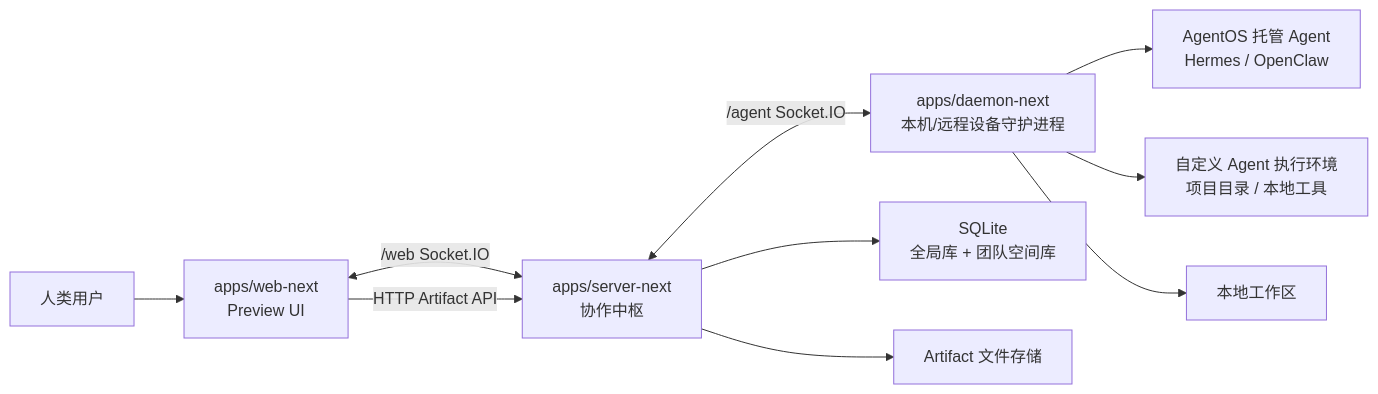
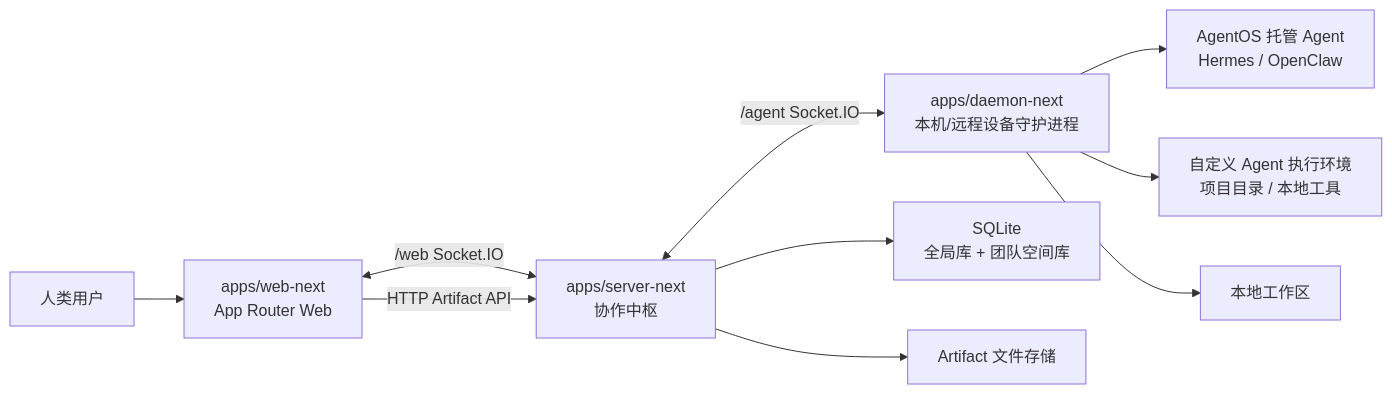
One commit to xiaojichao/agentbean changed the first of 6 diagrams in README.md. Above: the diagram before and after it, drawn with Mermaid. The commit also changed other lines of this file and 20 other files, not shown here.

````diff
--- a/README.md
+++ b/README.md
@@ -34,14 +34,14 @@
 ```mermaid
 flowchart LR
-  U["人类用户"] --> W["apps/web-next<br/>Preview UI"]
+  U["人类用户"] --> W["apps/web-next<br/>App Router Web"]
   W <-->|"/web Socket.IO"| S["apps/server-next<br/>协作中枢"]
   W -->|"HTTP Artifact API"| S
 
   S <-->|"/agent Socket.IO"| D["apps/daemon-next<br/>本机/远程设备守护进程"]
   D --> R1["AgentOS 托管 Agent<br/>Hermes / OpenClaw"]
   D --> R2["自定义 Agent 执行环境<br/>项目目录 / 本地工具"]
   D --> FS["本地工作区"]
 
   S --> DB["SQLite<br/>全局库 + 团队空间库"]
   S --> ART["Artifact 文件存储"]
 ```
````
